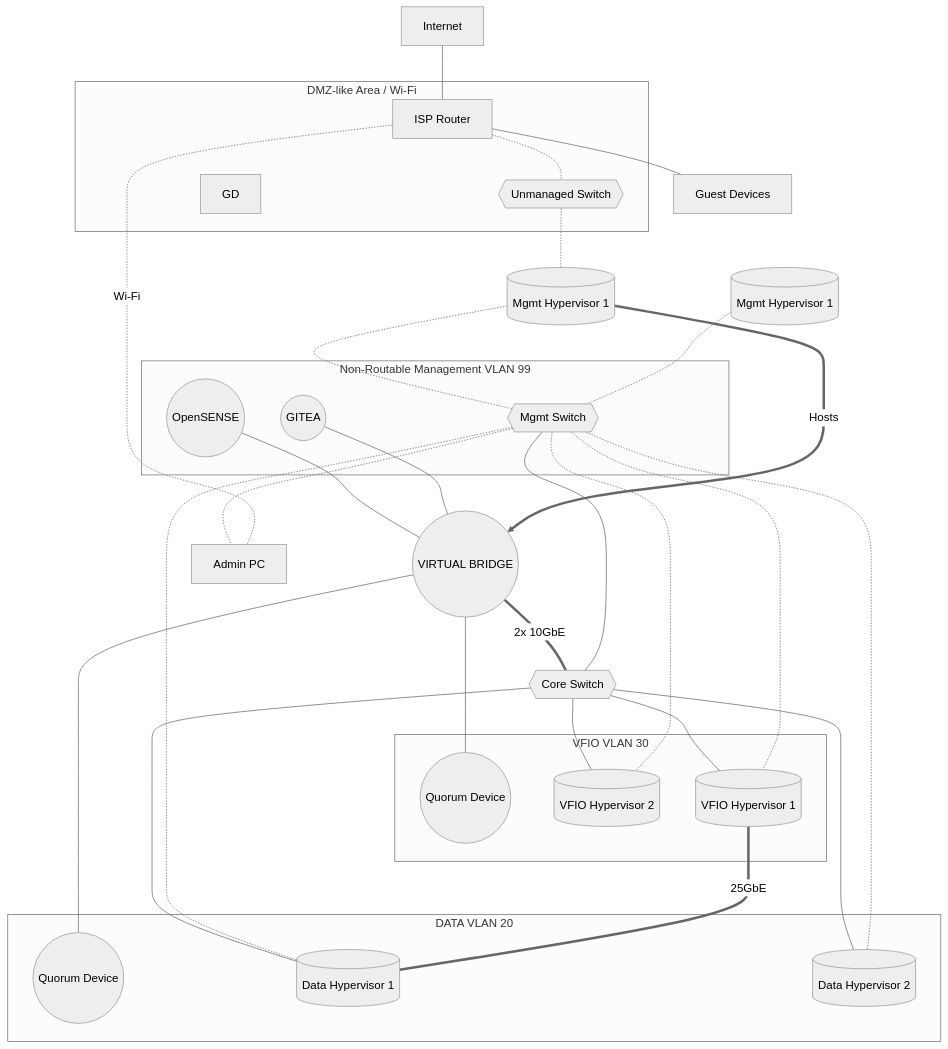
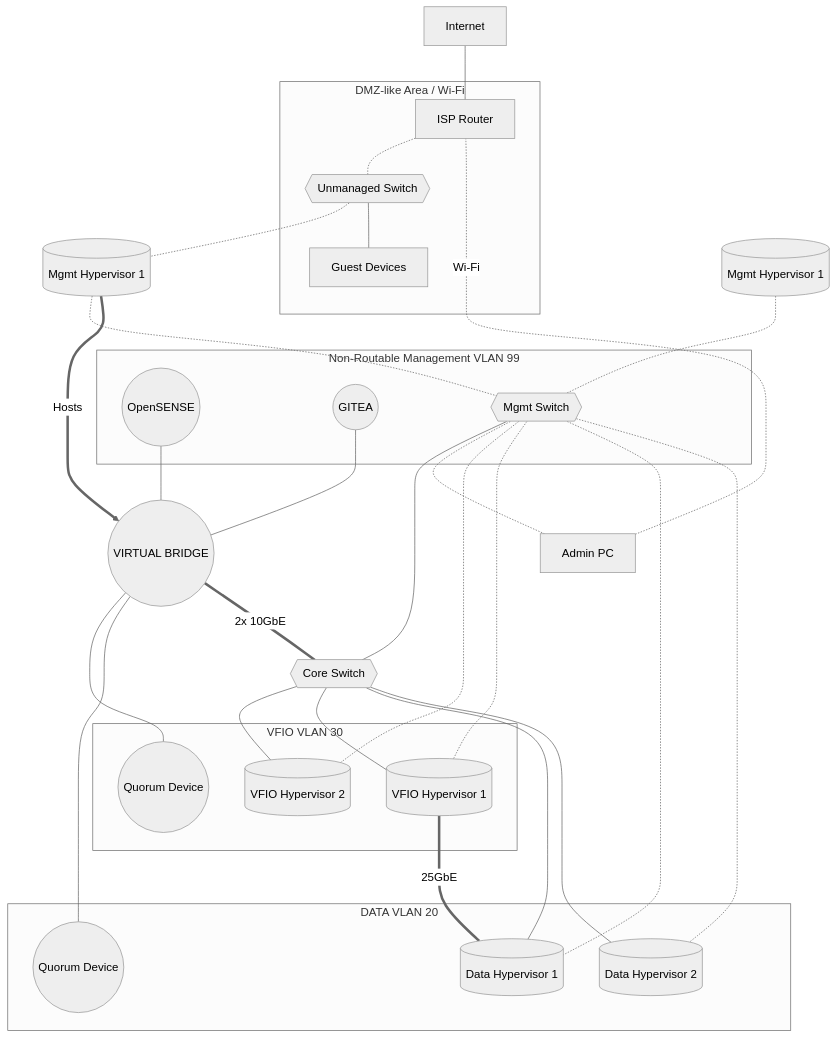
Before and after one commit to woeiru/lab: the diagram in arc/net1.md, drawn with Mermaid (neutral theme).

Commit message:
arc/net1.md: connect guest devices to unmanaged switch

````diff
--- a/arc/net1.md
+++ b/arc/net1.md
@@ -3,47 +3,47 @@
 ```mermaid
 graph TD
     INT[Internet] --- ISPR[ISP Router]
     ISPR -.- US
     US{{Unmanaged Switch}} -.- MH1
     OPN((OpenSENSE)) --- VB((VIRTUAL BRIDGE))
     GIT((GITEA)) --- VB
     VB --- QDV((Quorum Device))
     VB --- QDD((Quorum Device))
     VB ===|2x 10GbE| CS{{Core Switch}}
     MH1[(Mgmt Hypervisor 1)] -.-  MS{{Mgmt Switch}}
     MH2[(Mgmt Hypervisor 1)] -.-  MS{{Mgmt Switch}}
     MS --- CS
     MS -.- APC[Admin PC]
     APC -.-|Wi-Fi| ISPR
     MH1 ==>|Hosts| VB
     CS --- VH2[(VFIO Hypervisor 2)]
     MS -.- VH2
-    ISPR --- HD[Guest Devices]
+    US --- GD[Guest Devices]
     CS --- VH1[(VFIO Hypervisor 1)]
     MS -.- VH1
     CS --- DH1[(Data Hypervisor 1)]
     MS -.- DH1
     CS --- DH2[(Data Hypervisor 2)]
     MS -.- DH2
     VH1 ===|25GbE| DH1
     subgraph VLAN20 [DATA VLAN 20]
         DH1
         DH2
         QDD
     end
     subgraph VLAN30 [VFIO VLAN 30]
         VH1
         VH2
         QDV
     end
     subgraph VLAN99 [Non-Routable Management VLAN 99]
         MS
         OPN
         GIT
     end
     subgraph DMZ [DMZ-like Area / Wi-Fi]
         ISPR
         GD
         US
     end
 ```
````
